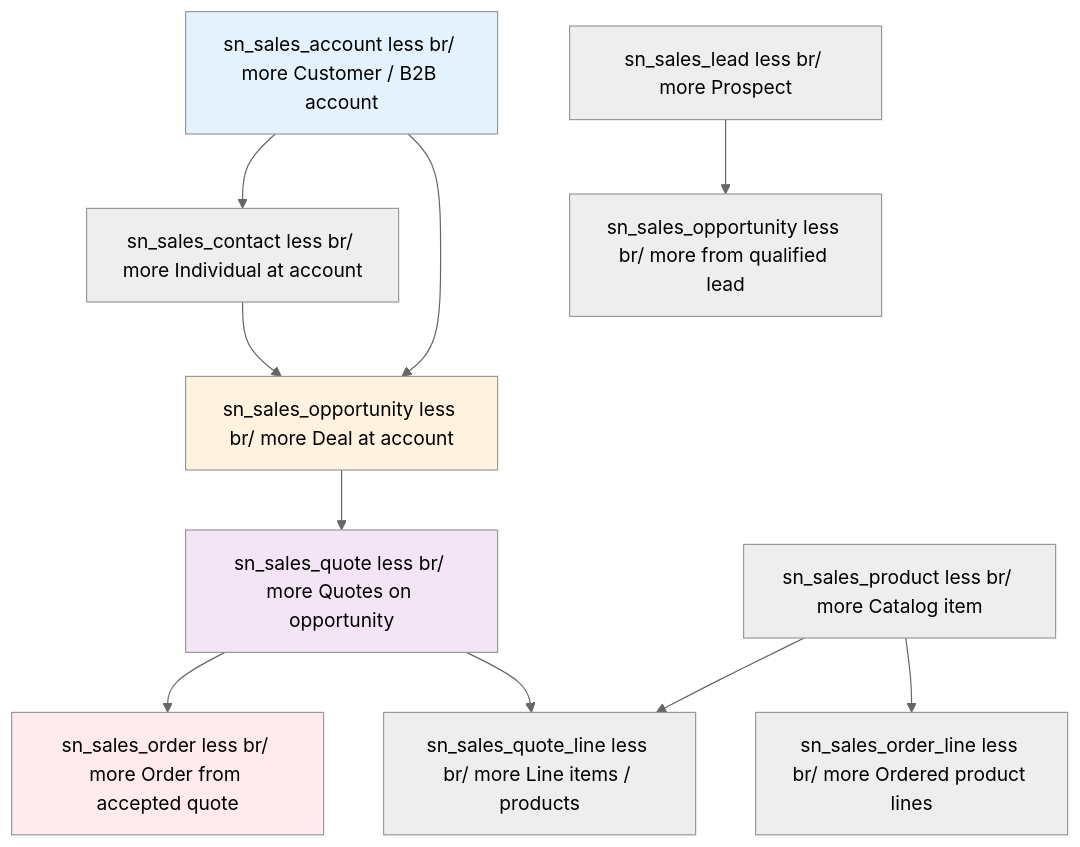
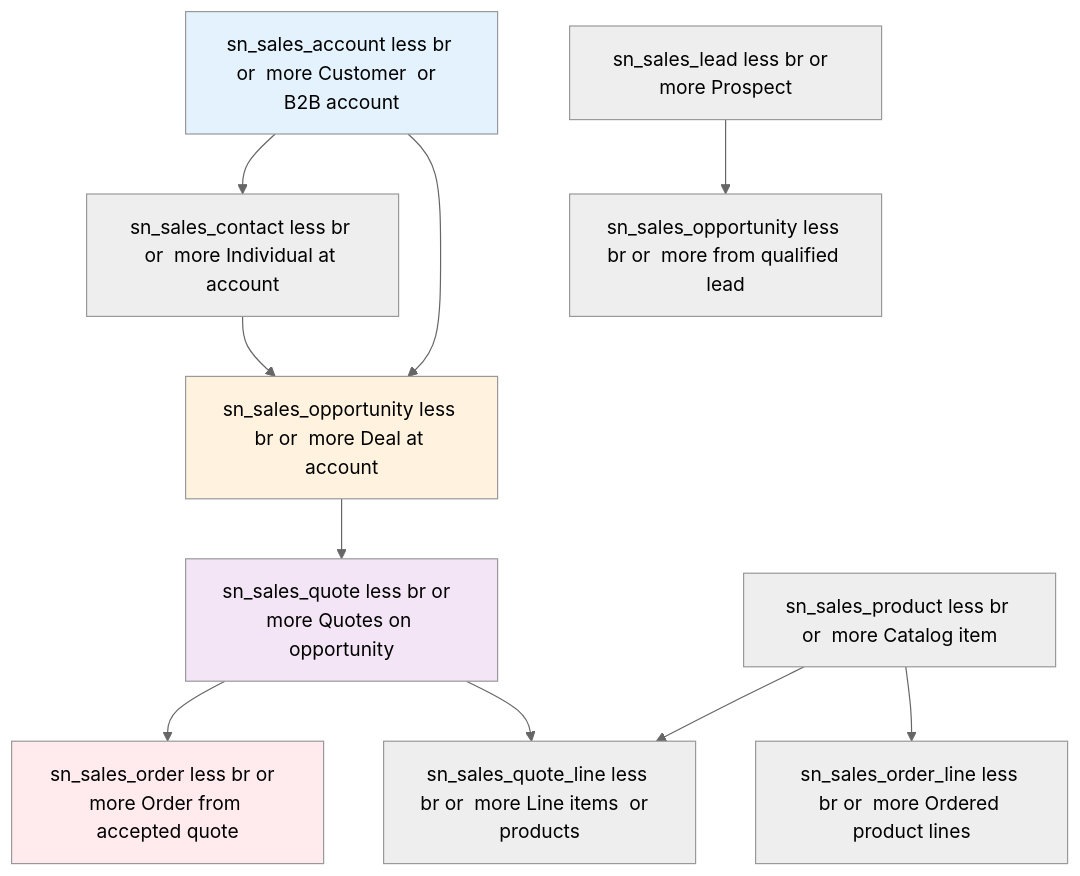
One commit to eltonaguiar/ServiceNow_Learning_TSOM-_CSM_FSM_SalesCRM_HAM_ITSM changed the second of 7 diagrams in docs/modules/sales-crm/sales-crm-guide.md. Above: the diagram before and after it, drawn with Mermaid (neutral theme). The commit also changed other lines of this file and 19 other files, not shown here.

First line of the commit message:
Fix Mermaid diagram syntax errors - replace problematic chars in text content only

````diff
--- a/docs/modules/sales-crm/sales-crm-guide.md
+++ b/docs/modules/sales-crm/sales-crm-guide.md
@@ -705,19 +705,19 @@
 ```mermaid
 graph TD
-    A[sn_sales_account less br/ more Customer / B2B account] --> C[sn_sales_contact less br/ more Individual at account]
-    A --> O[sn_sales_opportunity less br/ more Deal at account]
+    A[sn_sales_account less br or  more Customer  or  B2B account] --> C[sn_sales_contact less br or  more Individual at account]
+    A --> O[sn_sales_opportunity less br or  more Deal at account]
     C --> O
 
-    L[sn_sales_lead less br/ more Prospect] --> O2[sn_sales_opportunity less br/ more from qualified lead]
-    O --> Q[sn_sales_quote less br/ more Quotes on opportunity]
-    Q --> OR[sn_sales_order less br/ more Order from accepted quote]
-    Q --> QL[sn_sales_quote_line less br/ more Line items / products]
+    L[sn_sales_lead less br or  more Prospect] --> O2[sn_sales_opportunity less br or  more from qualified lead]
+    O --> Q[sn_sales_quote less br or  more Quotes on opportunity]
+    Q --> OR[sn_sales_order less br or  more Order from accepted quote]
+    Q --> QL[sn_sales_quote_line less br or  more Line items  or  products]
 
-    P[sn_sales_product less br/ more Catalog item] --> QL
-    P --> OR2[sn_sales_order_line less br/ more Ordered product lines]
+    P[sn_sales_product less br or  more Catalog item] --> QL
+    P --> OR2[sn_sales_order_line less br or  more Ordered product lines]
 
     style A fill:#e3f2fd,color:#000
     style O fill:#fff3e0,color:#000
     style Q fill:#f3e5f5,color:#000
     style OR fill:#ffebee,color:#000
 ```
````
